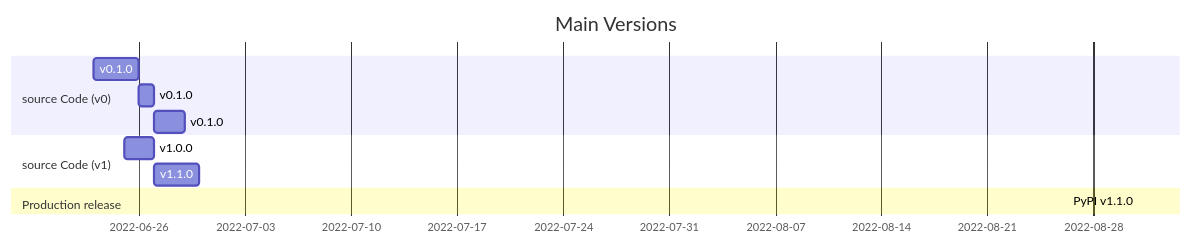
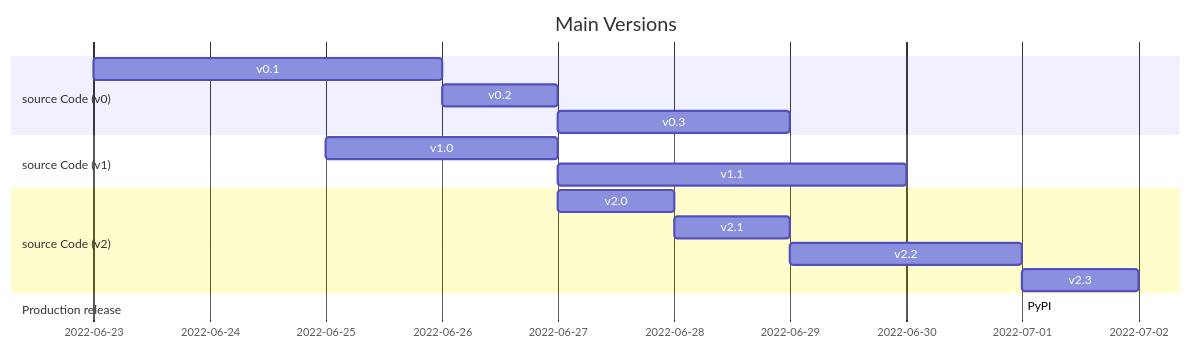
The diagram in README.md (ThomasByr/tf-gan), drawn with Mermaid before and after one commit. The commit also changed other lines of this file, not shown here.

````diff
--- a/README.md
+++ b/README.md
@@ -140,17 +156,23 @@
 ```mermaid
 gantt
     title Main Versions
     dateFormat YYYY-MM-DD
 
     section source Code (v0)
-    v0.1.0 : 2022-06-23, 3d
-    v0.1.0 :             1d
-    v0.1.0 :             2d
+    v0.1 : 2022-06-23, 3d
+    v0.2 :             1d
+    v0.3 :             2d
 
     section source Code (v1)
-    v1.0.0 : 2022-06-25, 2d
-    v1.1.0 :             3d
+    v1.0 : 2022-06-25, 2d
+    v1.1 :             3d
+
+    section source Code (v2)
+    v2.0 : 2022-06-27, 1d
+    v2.1 :             1d
+    v2.2 :             2d
+    v2.3 :             1d
 
     section Production release
-    PyPI v1.1.0 : 2022-08-31, 0d
+    PyPI : 2022-07-01, 0d
 ```
````
